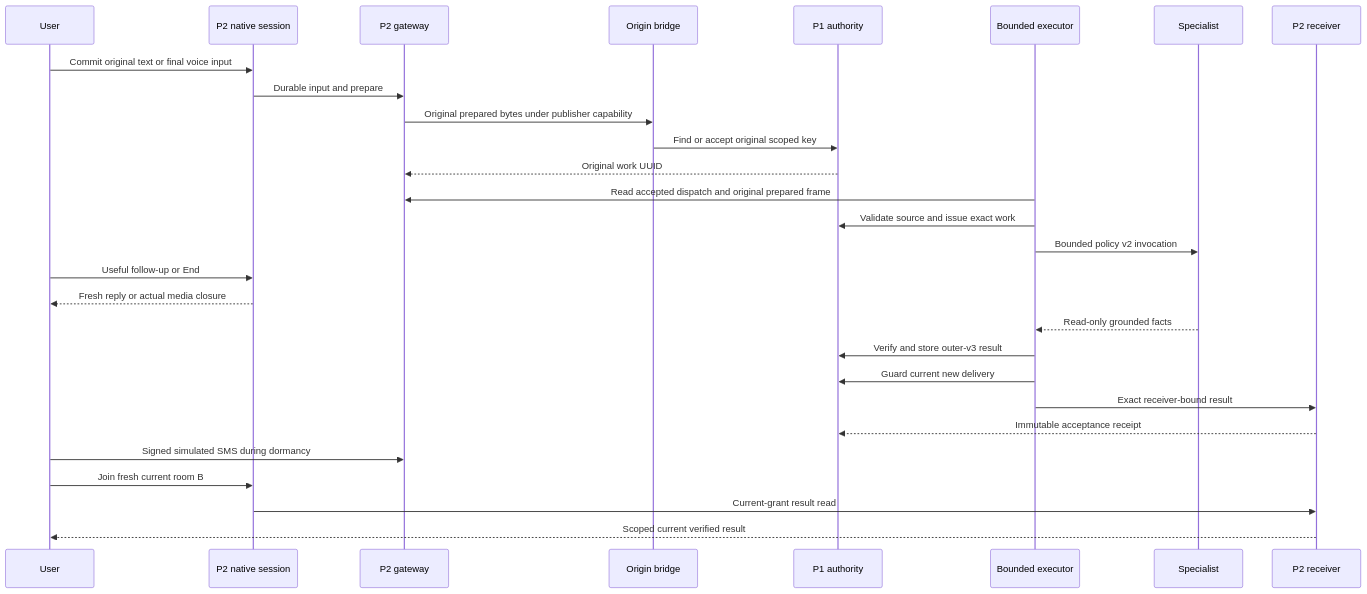
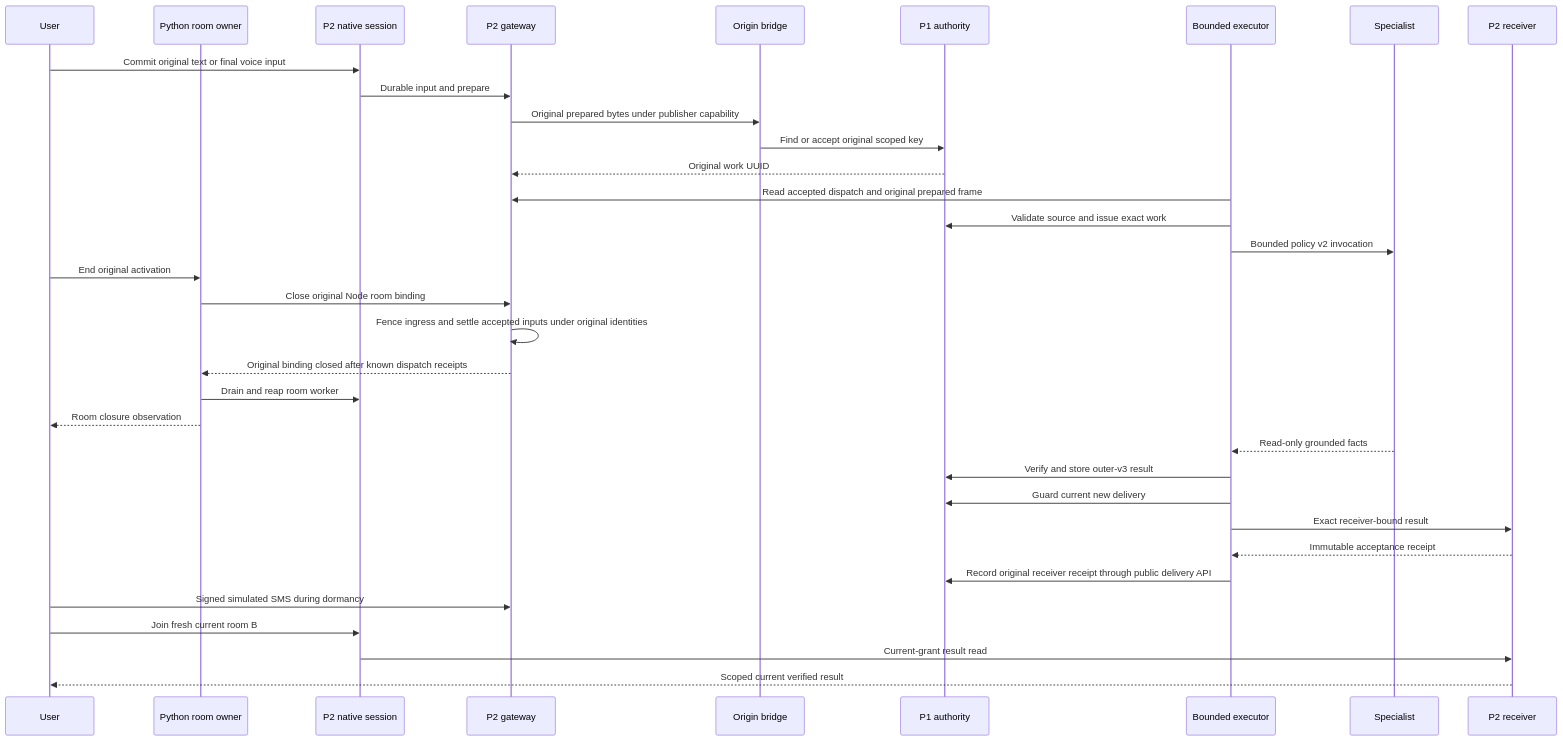
Before and after one commit to rostwal95/livekit-poc: the second of 3 diagrams in services/channel_policy_demo/Design.md, drawn with Mermaid. The commit also changed other lines of this file and 1142 other files, not shown here.

````diff
--- a/services/channel_policy_demo/Design.md
+++ b/services/channel_policy_demo/Design.md
@@ -133,30 +133,36 @@
 ```mermaid
 sequenceDiagram
     participant User
+    participant Parent as Python room owner
     participant Native as P2 native session
     participant Gateway as P2 gateway
     participant Origin as Origin bridge
     participant P1 as P1 authority
     participant Worker as Bounded executor
     participant Specialist
     participant Receiver as P2 receiver
     User->>Native: Commit original text or final voice input
     Native->>Gateway: Durable input and prepare
     Gateway->>Origin: Original prepared bytes under publisher capability
     Origin->>P1: Find or accept original scoped key
     P1-->>Gateway: Original work UUID
     Worker->>Gateway: Read accepted dispatch and original prepared frame
     Worker->>P1: Validate source and issue exact work
     Worker->>Specialist: Bounded policy v2 invocation
-    User->>Native: Useful follow-up or End
-    Native-->>User: Fresh reply or actual media closure
+    User->>Parent: End original activation
+    Parent->>Gateway: Close original Node room binding
+    Gateway->>Gateway: Fence ingress and settle accepted inputs under original identities
+    Gateway-->>Parent: Original binding closed after known dispatch receipts
+    Parent->>Native: Drain and reap room worker
+    Parent-->>User: Room closure observation
     Specialist-->>Worker: Read-only grounded facts
     Worker->>P1: Verify and store outer-v3 result
     Worker->>P1: Guard current new delivery
     Worker->>Receiver: Exact receiver-bound result
-    Receiver-->>P1: Immutable acceptance receipt
+    Receiver-->>Worker: Immutable acceptance receipt
+    Worker->>P1: Record original receiver receipt through public delivery API
     User->>Gateway: Signed simulated SMS during dormancy
     User->>Native: Join fresh current room B
     Native->>Receiver: Current-grant result read
     Receiver-->>User: Scoped current verified result
 ```
````
